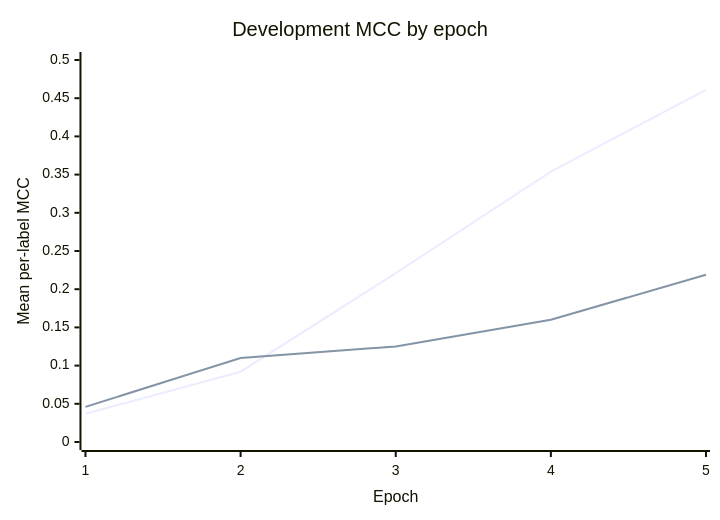
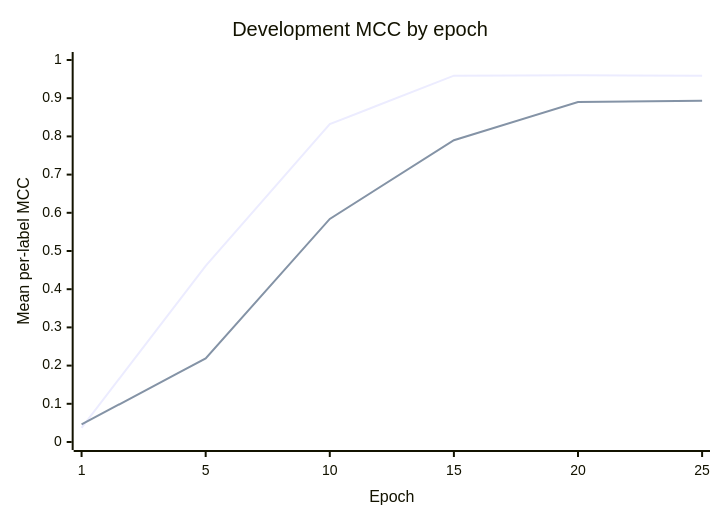
Before and after one commit to andruhus/DL_NLP2026_Semantic_Seekers: the second of 2 diagrams in PARAPHRASE_DETECTION_IMPROVEMENT.md, drawn with Mermaid. The commit also changed other lines of this file, not shown here.

````diff
--- a/PARAPHRASE_DETECTION_IMPROVEMENT.md
+++ b/PARAPHRASE_DETECTION_IMPROVEMENT.md
@@ -147,8 +199,8 @@
 ```mermaid
 xychart-beta
     title "Development MCC by epoch"
-    x-axis "Epoch" [1, 2, 3, 4, 5]
-    y-axis "Mean per-label MCC" 0 --> 0.5
-    line [0.037, 0.092, 0.221, 0.354, 0.461]
-    line [0.046, 0.110, 0.125, 0.160, 0.219]
+    x-axis "Epoch" [1, 5, 10, 15, 20, 25]
+    y-axis "Mean per-label MCC" 0 --> 1
+    line [0.037, 0.461, 0.832, 0.959, 0.960, 0.959]
+    line [0.046, 0.219, 0.584, 0.790, 0.890, 0.893]
 ```
````
